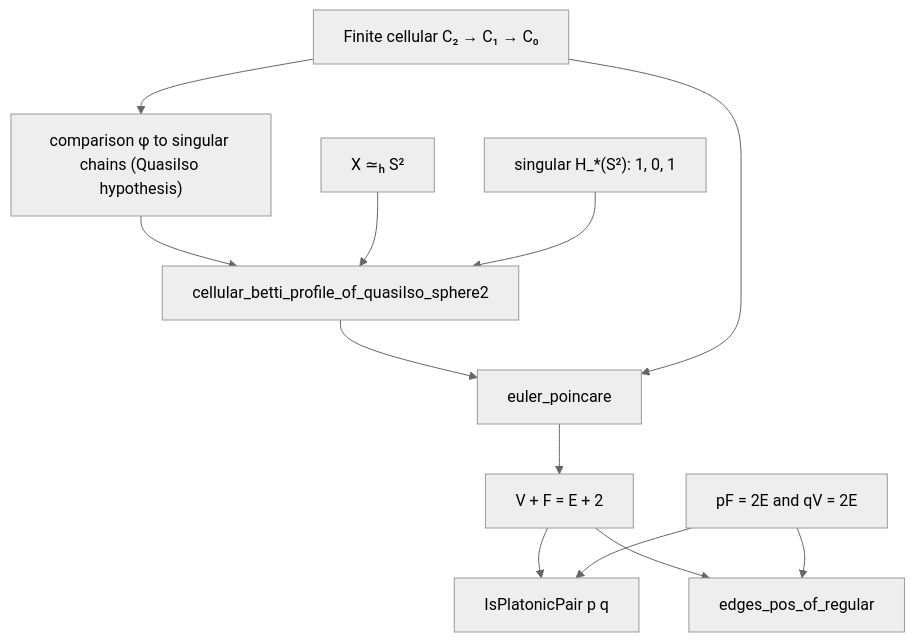
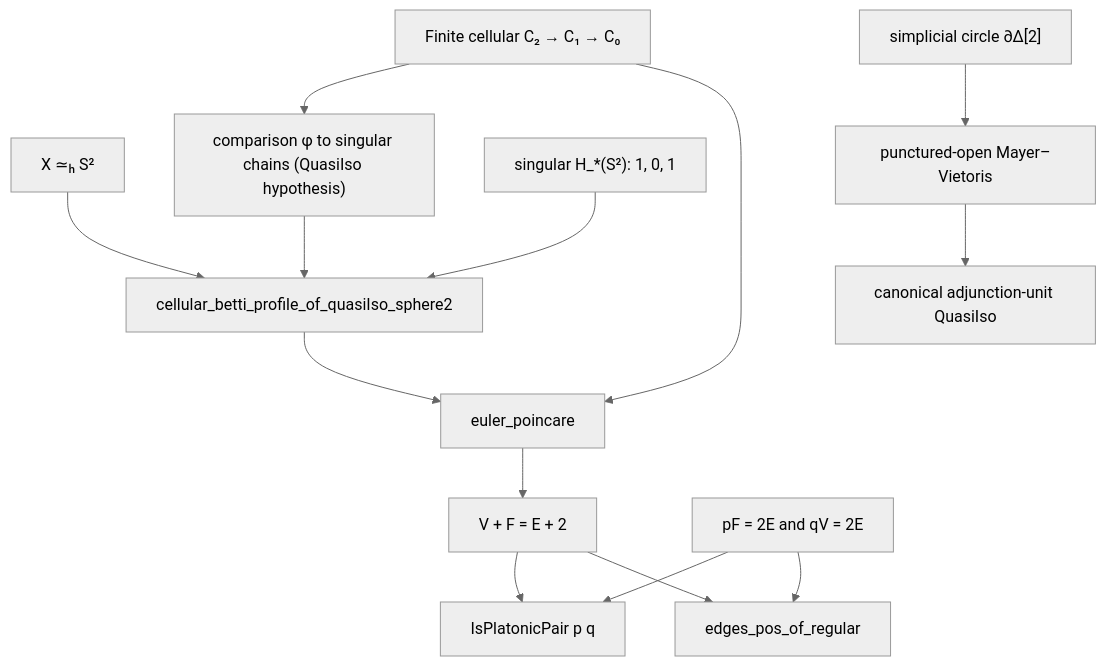
The diagram in figures/dim3-pipeline.mmd (catskillsresearch/platonic-solids), drawn with Mermaid before and after one commit. The commit also changed 12 other files, not shown here.

```diff
--- a/figures/dim3-pipeline.mmd
+++ b/figures/dim3-pipeline.mmd
@@ -1,23 +1,28 @@
 %%{init: {"theme": "neutral", "flowchart": {"htmlLabels": false, "curve": "basis"}}}%%
 flowchart TD
   Rad["X ≃ₕ S²"]
   Cell["Finite cellular C₂ → C₁ → C₀"]
   QI["comparison φ to singular chains (QuasiIso hypothesis)"]
   Sing["singular H_*(S²): 1, 0, 1"]
   Betti["cellular_betti_profile_of_quasiIso_sphere2"]
   EP["euler_poincare"]
   Chi["V + F = E + 2"]
   Inc["pF = 2E and qV = 2E"]
   Pair["IsPlatonicPair p q"]
   Epos["edges_pos_of_regular"]
+  Circle["simplicial circle ∂Δ[2]"]
+  OpenMV["punctured-open Mayer–Vietoris"]
+  UnitQI["canonical adjunction-unit QuasiIso"]
   Cell --> QI
   QI --> Betti
   Rad --> Betti
   Sing --> Betti
   Betti --> EP
   Cell --> EP
   EP --> Chi
   Chi --> Pair
   Inc --> Pair
   Chi --> Epos
   Inc --> Epos
+  Circle --> OpenMV
+  OpenMV --> UnitQI
```
